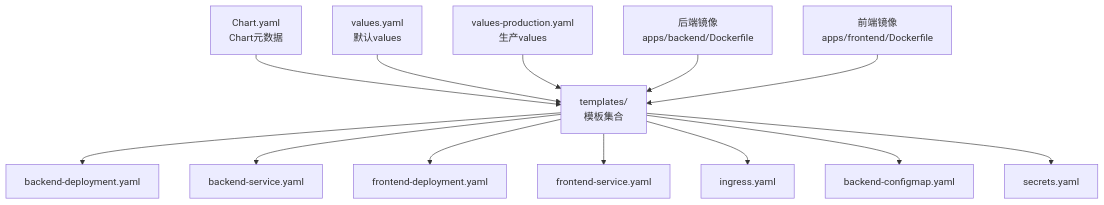
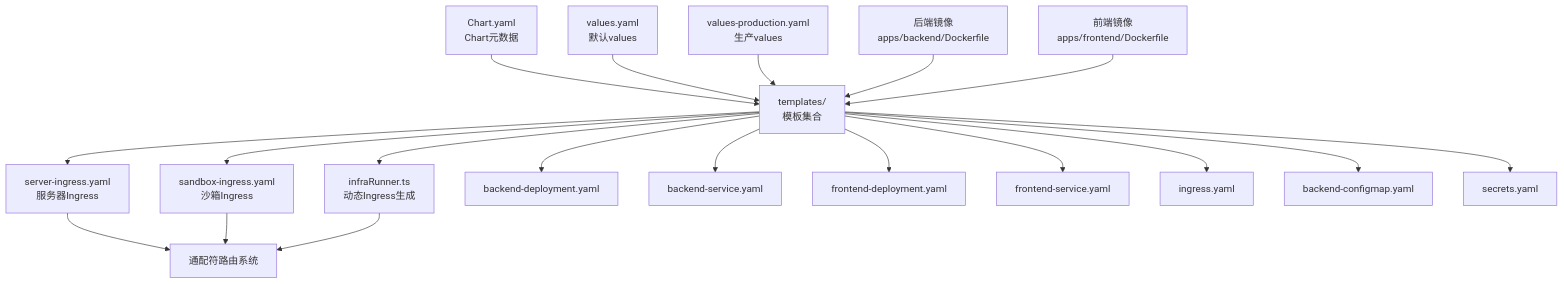
The first of 6 diagrams in .qoder/repowiki/zh/content/部署与运维/Kubernetes部署.md (RabbitAI-Lab/Sandbox-Manager), drawn with Mermaid before and after one commit. The commit also changed other lines of this file and 21 other files, not shown here.

````diff
--- a/.qoder/repowiki/zh/content/部署与运维/Kubernetes部署.md
+++ b/.qoder/repowiki/zh/content/部署与运维/Kubernetes部署.md
@@ -41,15 +49,21 @@
 ```mermaid
 graph TB
 A["Chart.yaml<br/>Chart元数据"] --> B["templates/<br/>模板集合"]
 C["values.yaml<br/>默认values"] --> B
 D["values-production.yaml<br/>生产values"] --> B
 E["后端镜像<br/>apps/backend/Dockerfile"] --> B
 F["前端镜像<br/>apps/frontend/Dockerfile"] --> B
-B --> G["backend-deployment.yaml"]
-B --> H["backend-service.yaml"]
-B --> I["frontend-deployment.yaml"]
-B --> J["frontend-service.yaml"]
-B --> K["ingress.yaml"]
-B --> L["backend-configmap.yaml"]
-B --> M["secrets.yaml"]
+G["server-ingress.yaml<br/>服务器Ingress"] --> H["通配符路由系统"]
+I["sandbox-ingress.yaml<br/>沙箱Ingress"] --> H
+J["infraRunner.ts<br/>动态Ingress生成"] --> H
+B --> G
+B --> I
+B --> J
+B --> K["backend-deployment.yaml"]
+B --> L["backend-service.yaml"]
+B --> M["frontend-deployment.yaml"]
+B --> N["frontend-service.yaml"]
+B --> O["ingress.yaml"]
+B --> P["backend-configmap.yaml"]
+B --> Q["secrets.yaml"]
 ```
````
